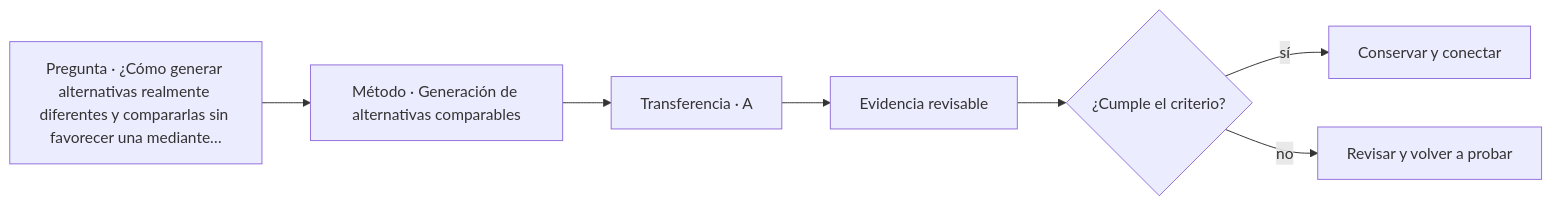
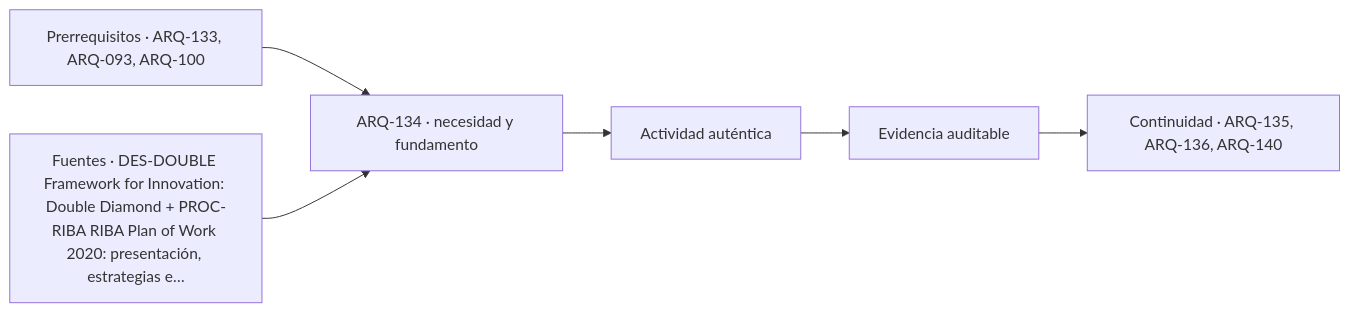
One commit to vladimiracunadev-create/architecture-built-environment-learning-program changed the diagram in classes/parte-14/ARQ-134.md. Above: the diagram before and after it, drawn with Mermaid. The commit also changed other lines of this file and 761 other files, not shown here.

````diff
--- a/classes/parte-14/ARQ-134.md
+++ b/classes/parte-14/ARQ-134.md
@@ -102,9 +114,8 @@
 ```mermaid
 flowchart LR
-    Q["Pregunta · ¿Cómo generar alternativas realmente diferentes y compararlas sin favorecer una mediante…"] --> M["Método · Generación de alternativas comparables"]
-    M --> P["Transferencia · A"]
-    P --> E["Evidencia revisable"]
-    E --> C{"¿Cumple el criterio?"}
-    C -->|sí| T["Conservar y conectar"]
-    C -->|no| R["Revisar y volver a probar"]
+    A["Prerrequisitos · ARQ-133, ARQ-093, ARQ-100"] --> B["ARQ-134 · necesidad y fundamento"]
+    S["Fuentes · DES-DOUBLE Framework for Innovation: Double Diamond + PROC-RIBA RIBA Plan of Work 2020: presentación, estrategias e…"] --> B
+    B --> C["Actividad auténtica"]
+    C --> D["Evidencia auditable"]
+    D --> E["Continuidad · ARQ-135, ARQ-136, ARQ-140"]
 ```
````
